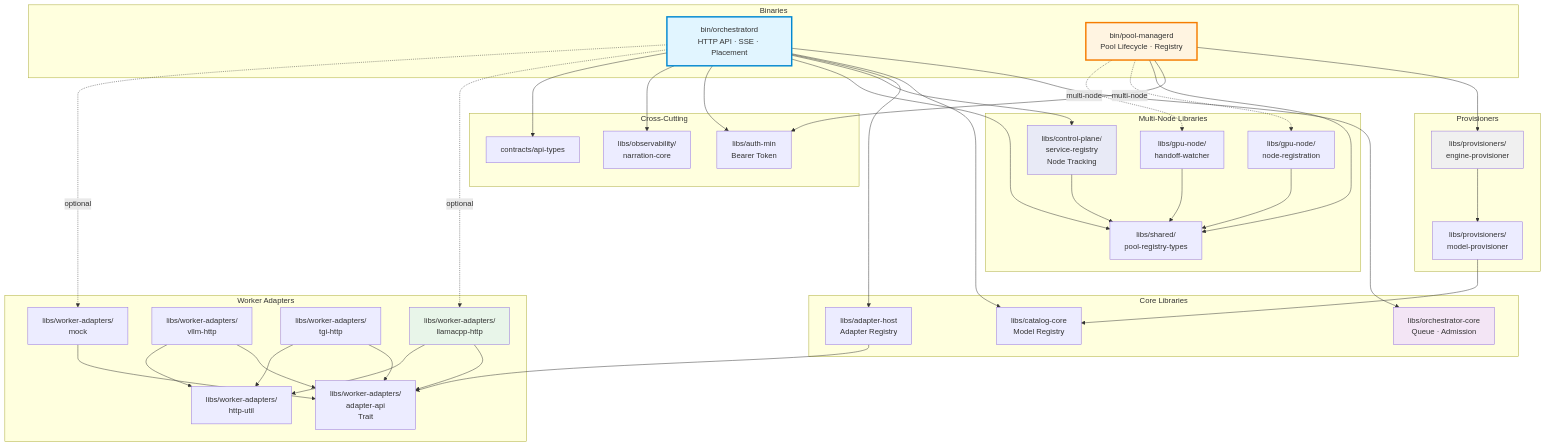
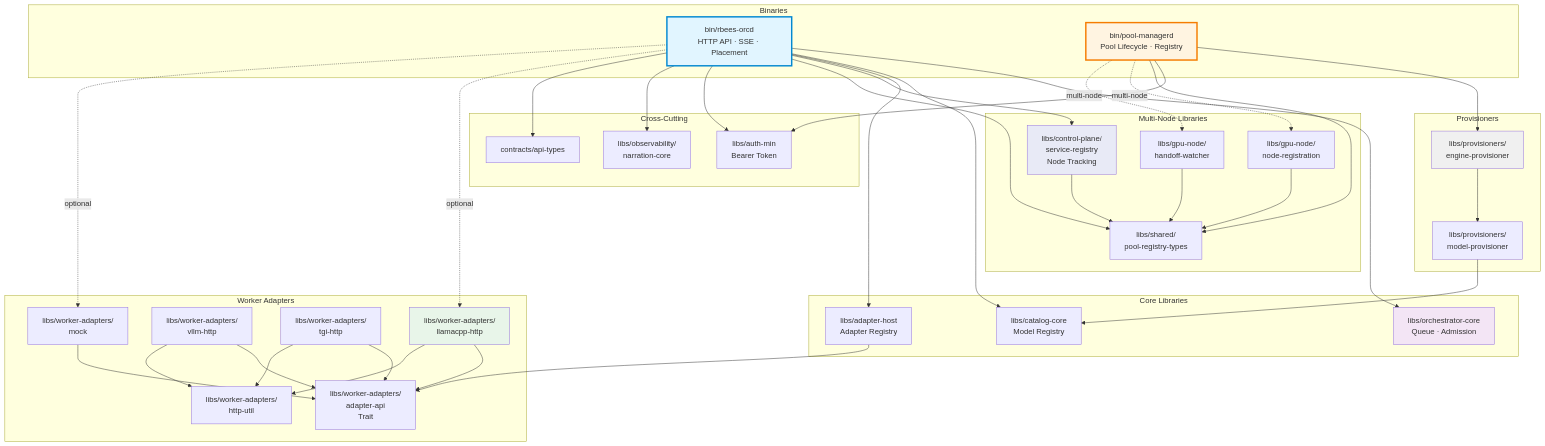
One commit to veighnsche/llama-orch changed the third of 4 diagrams in README.md. Above: the diagram before and after it, drawn with Mermaid. The commit also changed other lines of this file and 221 other files, not shown here.

````diff
--- a/README.md
+++ b/README.md
@@ -333,75 +333,75 @@
 ```mermaid
 graph TB
     subgraph "Binaries"
-        ORCHD[bin/orchestratord<br/>HTTP API · SSE · Placement]
+        ORCHD[bin/rbees-orcd<br/>HTTP API · SSE · Placement]
         POOLD[bin/pool-managerd<br/>Pool Lifecycle · Registry]
     end
     subgraph "Core Libraries"
         ORCHCORE[libs/orchestrator-core<br/>Queue · Admission]
         CATALOG[libs/catalog-core<br/>Model Registry]
         ADHOST[libs/adapter-host<br/>Adapter Registry]
     end
     subgraph "Multi-Node Libraries"
         SREG[libs/control-plane/<br/>service-registry<br/>Node Tracking]
         NODEREG[libs/gpu-node/<br/>node-registration]
         HANDOFF[libs/gpu-node/<br/>handoff-watcher]
         POOLTYPES[libs/shared/<br/>pool-registry-types]
     end
     subgraph "Worker Adapters"
         ADAPIAPI[libs/worker-adapters/<br/>adapter-api<br/>Trait]
         LLAMA[libs/worker-adapters/<br/>llamacpp-http]
         VLLM[libs/worker-adapters/<br/>vllm-http]
         TGI[libs/worker-adapters/<br/>tgi-http]
         MOCK[libs/worker-adapters/<br/>mock]
         HTTPUTIL[libs/worker-adapters/<br/>http-util]
     end
     subgraph "Provisioners"
         ENGPROV[libs/provisioners/<br/>engine-provisioner]
         MODPROV[libs/provisioners/<br/>model-provisioner]
     end
     subgraph "Cross-Cutting"
         AUTH[libs/auth-min<br/>Bearer Token]
         NARR[libs/observability/<br/>narration-core]
         APITYPES[contracts/api-types]
     end
-    %% orchestratord dependencies
+    %% rbees-orcd dependencies
     ORCHD --> ORCHCORE
     ORCHD --> CATALOG
     ORCHD --> ADHOST
     ORCHD --> SREG
     ORCHD --> POOLTYPES
     ORCHD --> AUTH
     ORCHD --> NARR
     ORCHD --> APITYPES
     ORCHD -.->|optional| LLAMA
     ORCHD -.->|optional| MOCK
     %% pool-managerd dependencies
     POOLD --> ENGPROV
     POOLD --> AUTH
     POOLD --> POOLTYPES
     POOLD -.->|multi-node| NODEREG
     POOLD -.->|multi-node| HANDOFF
     %% adapter-host dependencies
     ADHOST --> ADAPIAPI
     %% adapter implementations
     LLAMA --> ADAPIAPI
     LLAMA --> HTTPUTIL
     VLLM --> ADAPIAPI
     VLLM --> HTTPUTIL
     TGI --> ADAPIAPI
     TGI --> HTTPUTIL
     MOCK --> ADAPIAPI
     %% provisioner dependencies
     ENGPROV --> MODPROV
     MODPROV --> CATALOG
     %% multi-node dependencies
     SREG --> POOLTYPES
     NODEREG --> POOLTYPES
     HANDOFF --> POOLTYPES
     style ORCHD fill:#e1f5ff,stroke:#0288d1,stroke-width:3px
     style POOLD fill:#fff4e1,stroke:#f57c00,stroke-width:3px
     style ORCHCORE fill:#f3e5f5
     style SREG fill:#e8eaf6
     style LLAMA fill:#e8f5e9
     style ENGPROV fill:#f0f0f0
 ```
````
